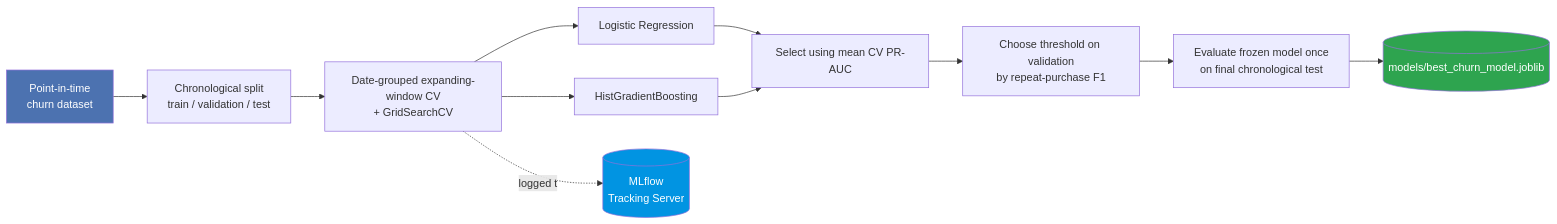
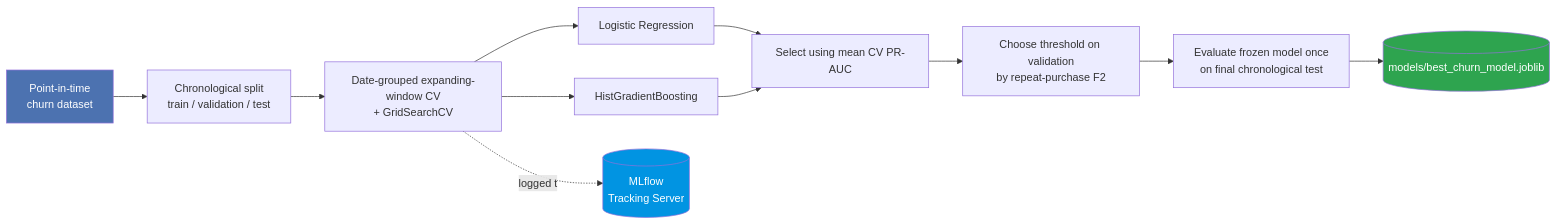
The third of 3 diagrams in README.md (Harshithpatali/brazilian-ecommerce-data-science), drawn with Mermaid before and after one commit. The commit also changed other lines of this file, not shown here.

````diff
--- a/README.md
+++ b/README.md
@@ -278,17 +279,17 @@
 ```mermaid
 flowchart LR
     A["Point-in-time<br/>churn dataset"] --> B["Chronological split<br/>train / validation / test"]
     B --> C["Date-grouped expanding-window CV<br/>+ GridSearchCV"]
     C --> D1[Logistic Regression]
     C --> D3[HistGradientBoosting]
     D1 --> E["Select using mean CV PR-AUC"]
     D3 --> E
-    E --> V["Choose threshold on validation<br/>by repeat-purchase F1"]
+    E --> V["Choose threshold on validation<br/>by repeat-purchase F2"]
     V --> T["Evaluate frozen model once<br/>on final chronological test"]
     T --> G[("models/best_churn_model.joblib")]
     C -.logged to.-> M[("MLflow<br/>Tracking Server")]
 
     style A fill:#4c72b0,color:#fff
     style G fill:#2ea44f,color:#fff
     style M fill:#0194E2,color:#fff
 ```
````
